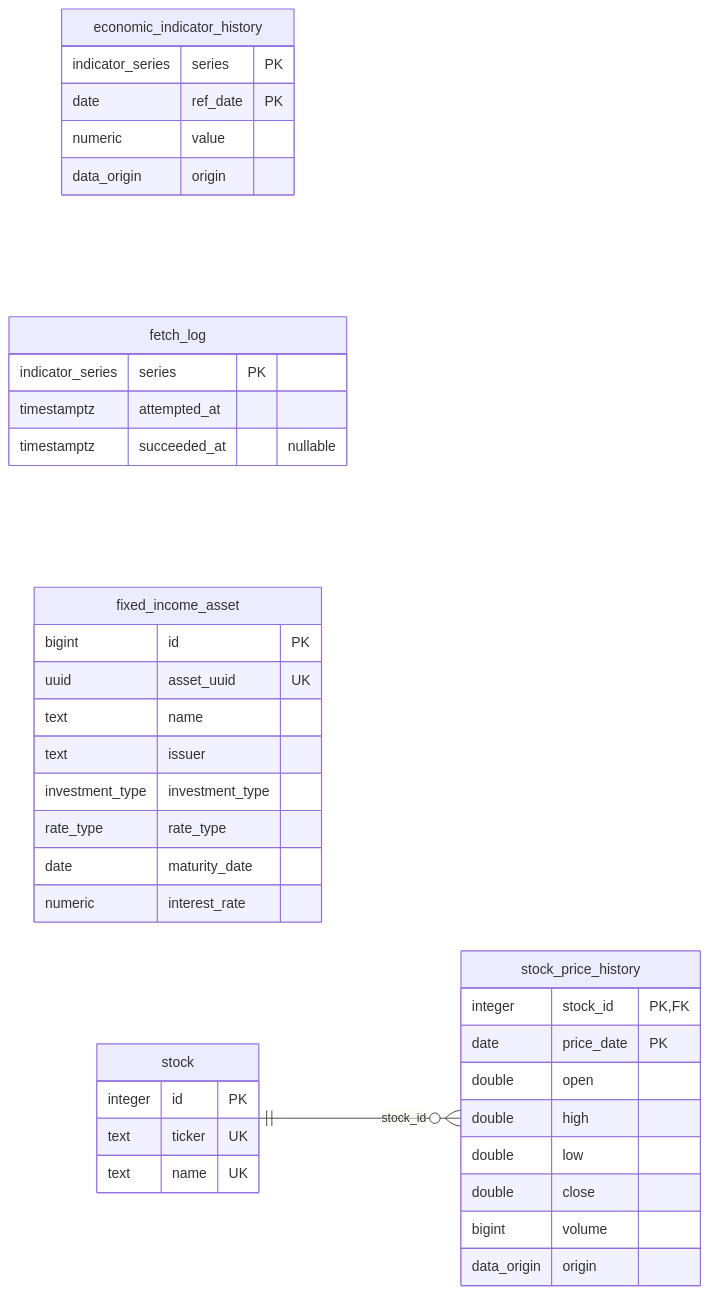
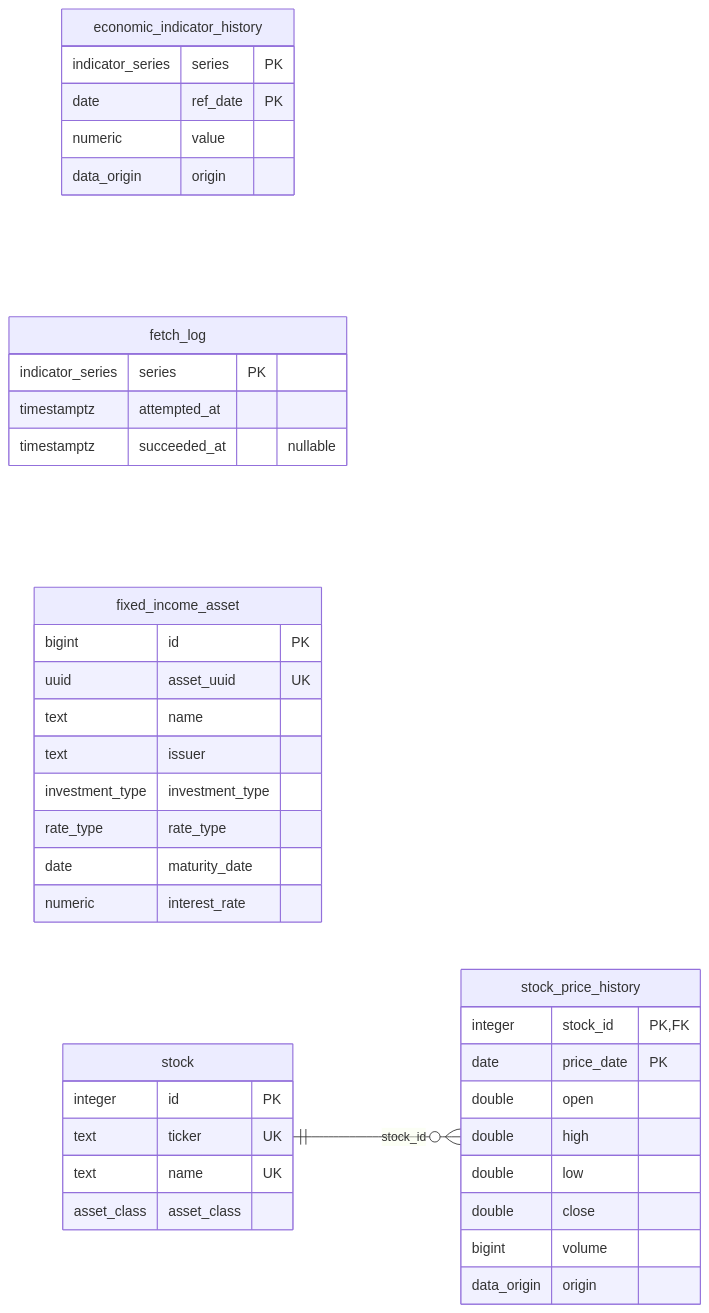
The second of 2 diagrams in docs/docs/desenvolvimento/diagrama-banco-dados.md (LiloMarino/SimuladorFinanceiro), drawn with Mermaid before and after one commit. The commit also changed other lines of this file and 43 other files, not shown here.

````diff
--- a/docs/docs/desenvolvimento/diagrama-banco-dados.md
+++ b/docs/docs/desenvolvimento/diagrama-banco-dados.md
@@ -99,41 +99,42 @@
 ```mermaid
 erDiagram
     direction LR
     economic_indicator_history {
         indicator_series series PK
         date ref_date PK
         numeric value
         data_origin origin
     }
     fetch_log {
         indicator_series series PK
         timestamptz attempted_at
         timestamptz succeeded_at "nullable"
     }
     fixed_income_asset {
         bigint id PK
         uuid asset_uuid UK
         text name
         text issuer
         investment_type investment_type
         rate_type rate_type
         date maturity_date
         numeric interest_rate
     }
     stock {
         integer id PK
         text ticker UK
         text name UK
+        asset_class asset_class
     }
     stock_price_history {
         integer stock_id PK, FK
         date price_date PK
         double open
         double high
         double low
         double close
         bigint volume
         data_origin origin
     }
     stock ||--o{ stock_price_history : stock_id
 ```
````
